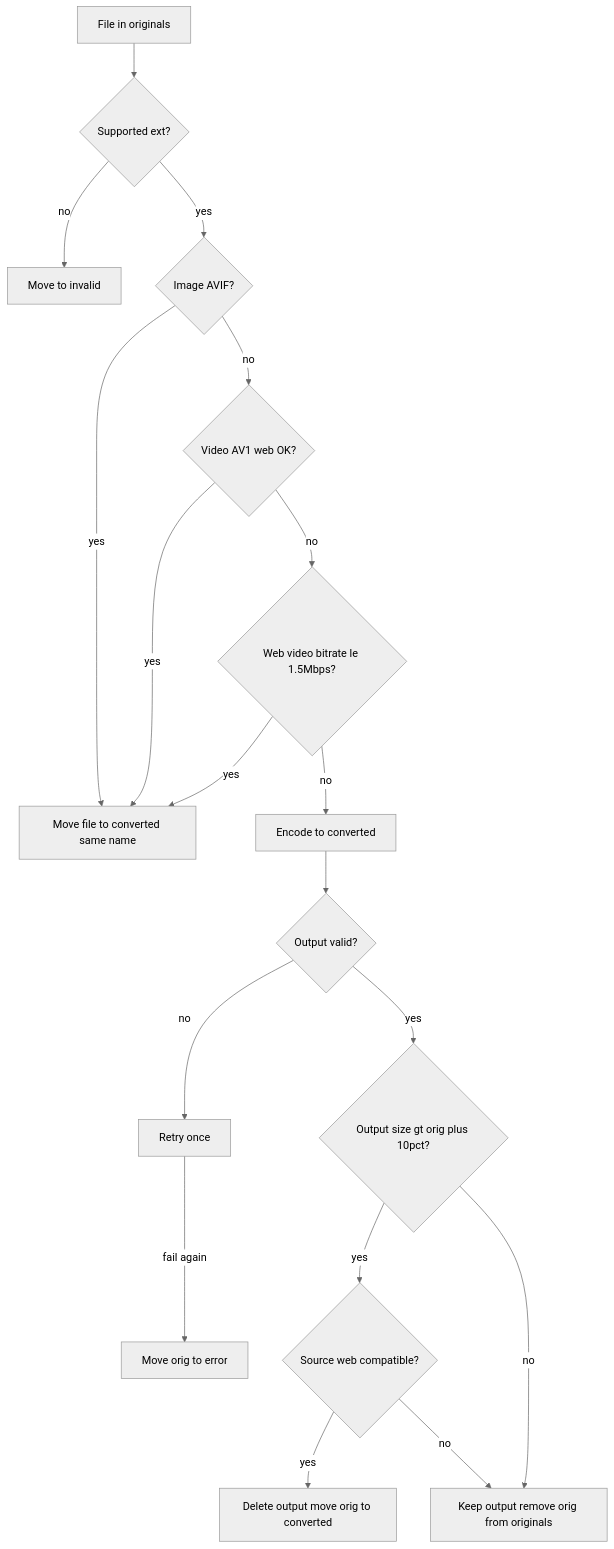
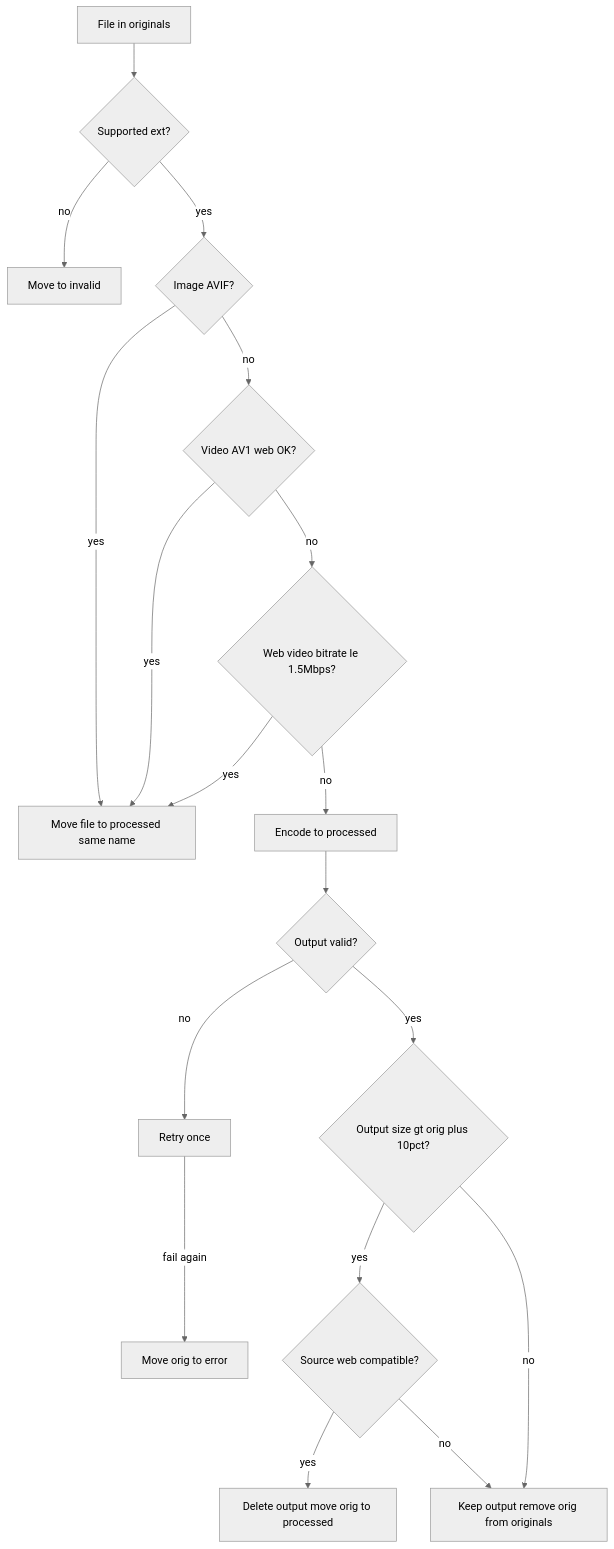
One commit to illescasDaniel/SpaceMaker changed the diagram in specs/convert-media/SPEC.md. Above: the diagram before and after it, drawn with Mermaid (neutral theme). The commit also changed other lines of this file and 63 other files, not shown here.

````diff
--- a/specs/convert-media/SPEC.md
+++ b/specs/convert-media/SPEC.md
@@ -40,35 +40,35 @@
 ```mermaid
 flowchart TD
   start[File in originals]
   ext{Supported ext?}
   inv[Move to invalid]
   avif{Image AVIF?}
   av1v{Video AV1 web OK?}
   low{Web video bitrate le 1.5Mbps?}
-  move[Move file to converted same name]
-  enc[Encode to converted]
+  move[Move file to processed same name]
+  enc[Encode to processed]
   ok{Output valid?}
   sz{Output size gt orig plus 10pct?}
   web{Source web compatible?}
-  drop[Delete output move orig to converted]
+  drop[Delete output move orig to processed]
   keep[Keep output remove orig from originals]
   retry[Retry once]
   err[Move orig to error]
   start --> ext
   ext -->|no| inv
   ext -->|yes| avif
   avif -->|yes| move
   avif -->|no| av1v
   av1v -->|yes| move
   av1v -->|no| low
   low -->|yes| move
   low -->|no| enc
   enc --> ok
   ok -->|no| retry
   retry -->|fail again| err
   ok -->|yes| sz
   sz -->|yes| web
   web -->|yes| drop
   web -->|no| keep
   sz -->|no| keep
 ```
````
